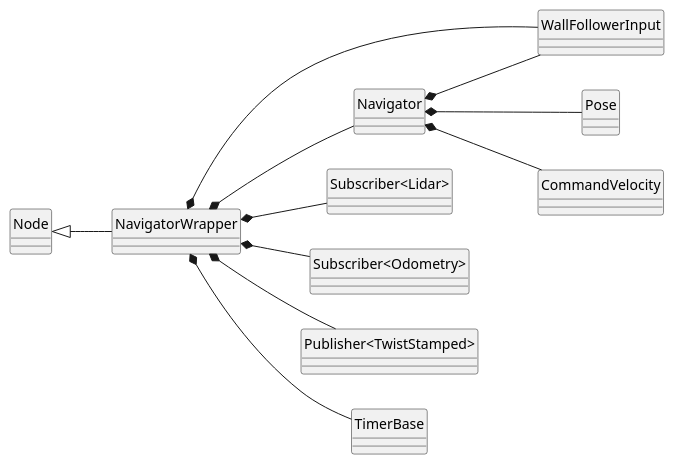
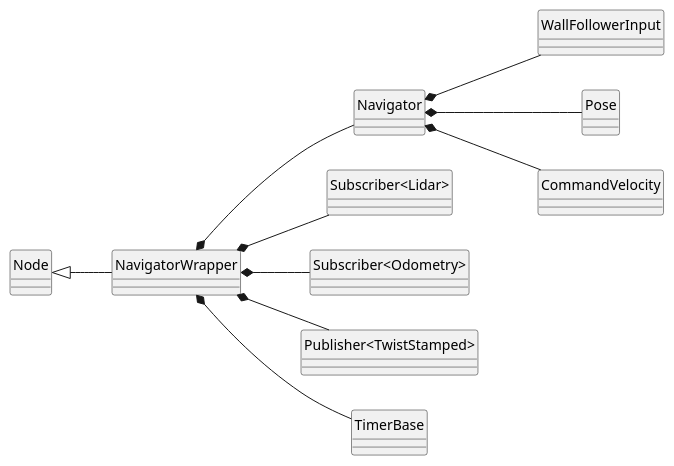
The diagram in uml/NavigatorClassDiagram.puml (EDriussi/MTRX3760_Project_1_Final), drawn with PlantUML before and after one commit. The commit also changed other lines of this file and 68 other files, not shown here.

```diff
--- a/uml/NavigatorClassDiagram.puml
+++ b/uml/NavigatorClassDiagram.puml
@@ -8,33 +9,32 @@
 @startuml
 
 skinparam classAttributeIconSize 0
 skinparam style strictuml
 ' Draw Subscriber<Lidar> as plain text, not as a template corner box.
 skinparam genericDisplay old
 left to right direction
 
 class NavigatorWrapper
 class Node
 class Navigator
 class WallFollowerInput
 class Pose
 class CommandVelocity
 class "Subscriber<Lidar>" as SubLidar
 class "Subscriber<Odometry>" as SubOdometry
 class "Publisher<TwistStamped>" as PubTwistStamped
 class TimerBase
 
 Node <|-- NavigatorWrapper
 
 NavigatorWrapper *-- Navigator
-NavigatorWrapper *-- WallFollowerInput
 NavigatorWrapper *-- SubLidar
 NavigatorWrapper *-- SubOdometry
 NavigatorWrapper *-- PubTwistStamped
 NavigatorWrapper *-- TimerBase
 
 Navigator *-- WallFollowerInput
 Navigator *-- Pose
 Navigator *-- CommandVelocity
 
 @enduml
```
